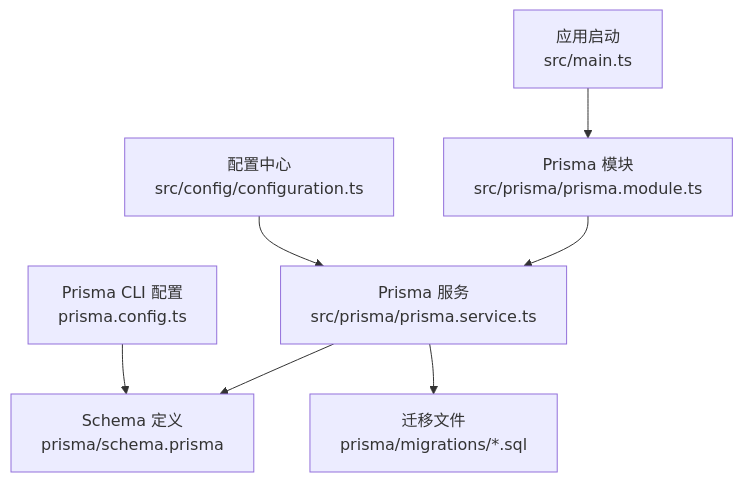
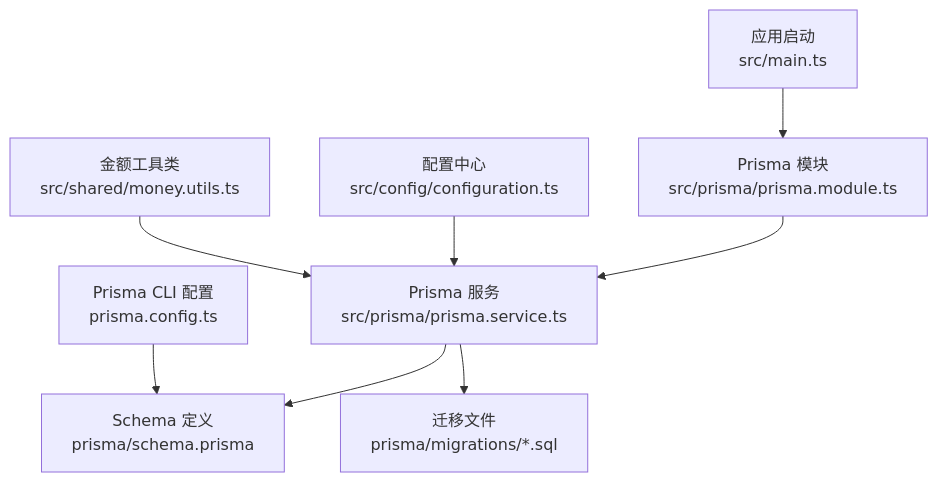
The first of 15 diagrams in .qoder/repowiki/zh/content/数据库设计/数据库架构概览.md (rc558620/purelyprofit-server), drawn with Mermaid before and after one commit. The commit also changed other lines of this file and 25 other files, not shown here.

````diff
--- a/.qoder/repowiki/zh/content/数据库设计/数据库架构概览.md
+++ b/.qoder/repowiki/zh/content/数据库设计/数据库架构概览.md
@@ -106,9 +124,10 @@
 ```mermaid
 graph TB
 A["应用启动<br/>src/main.ts"] --> B["Prisma 模块<br/>src/prisma/prisma.module.ts"]
 B --> C["Prisma 服务<br/>src/prisma/prisma.service.ts"]
 C --> D["Schema 定义<br/>prisma/schema.prisma"]
 C --> E["迁移文件<br/>prisma/migrations/*.sql"]
 F["配置中心<br/>src/config/configuration.ts"] --> C
 G["Prisma CLI 配置<br/>prisma.config.ts"] --> D
+H["金额工具类<br/>src/shared/money.utils.ts"] --> C
 ```
````
